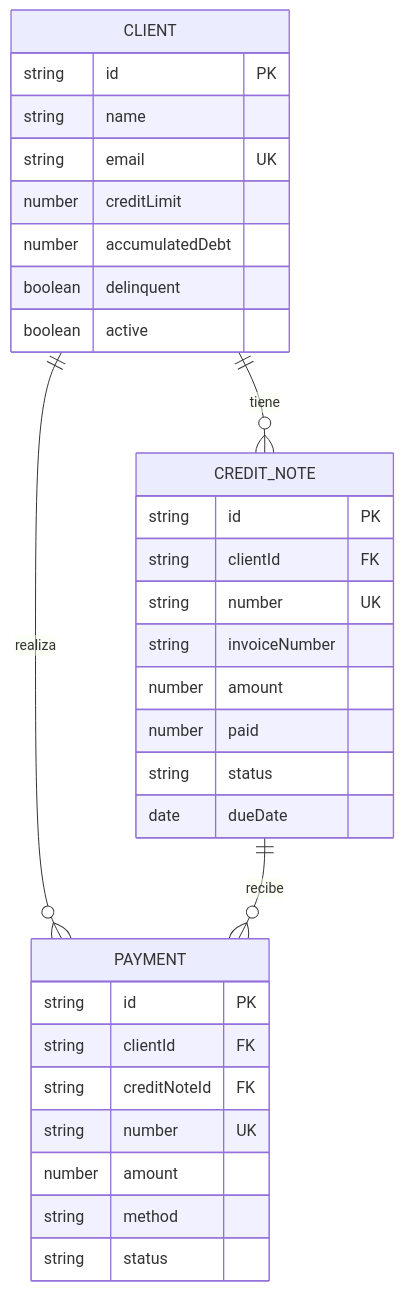
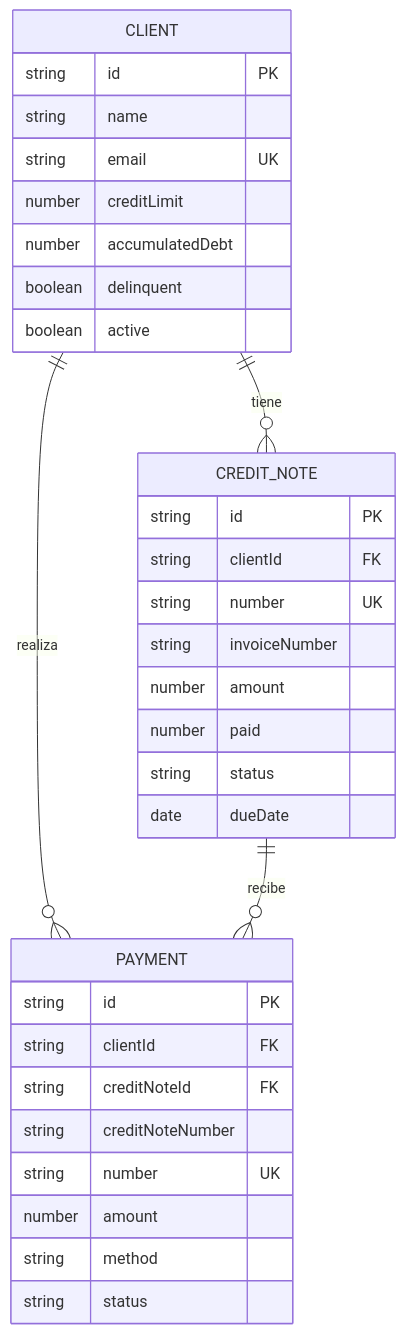
One commit to careinamo/canaima-backend changed the sixth of 6 diagrams in API_QUICK_REFERENCE.md. Above: the diagram before and after it, drawn with Mermaid. The commit also changed other lines of this file and 1 other file, not shown here.

First line of the commit message:
docs: add creditNoteNumber to payments documentation

````diff
--- a/API_QUICK_REFERENCE.md
+++ b/API_QUICK_REFERENCE.md
@@ -528,37 +528,38 @@
 ```mermaid
 erDiagram
     CLIENT ||--o{ CREDIT_NOTE : "tiene"
     CLIENT ||--o{ PAYMENT : "realiza"
     CREDIT_NOTE ||--o{ PAYMENT : "recibe"
 
     CLIENT {
         string id PK
         string name
         string email UK
         number creditLimit
         number accumulatedDebt
         boolean delinquent
         boolean active
     }
 
     CREDIT_NOTE {
         string id PK
         string clientId FK
         string number UK
         string invoiceNumber
         number amount
         number paid
         string status
         date dueDate
     }
 
     PAYMENT {
         string id PK
         string clientId FK
         string creditNoteId FK
+        string creditNoteNumber
         string number UK
         number amount
         string method
         string status
     }
 ```
````
